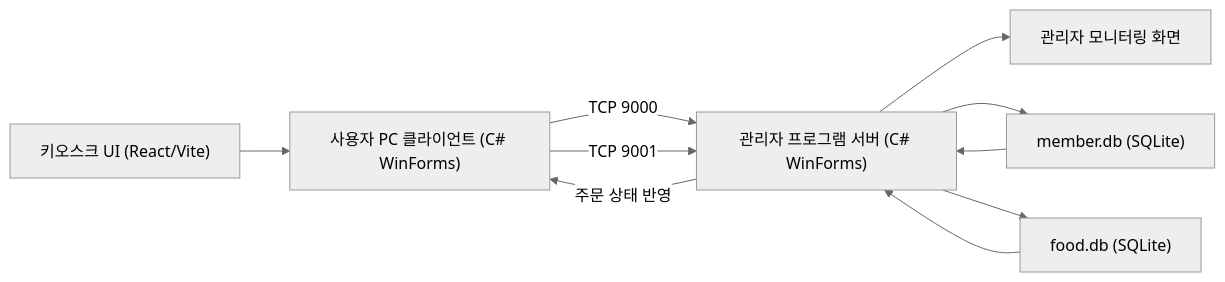
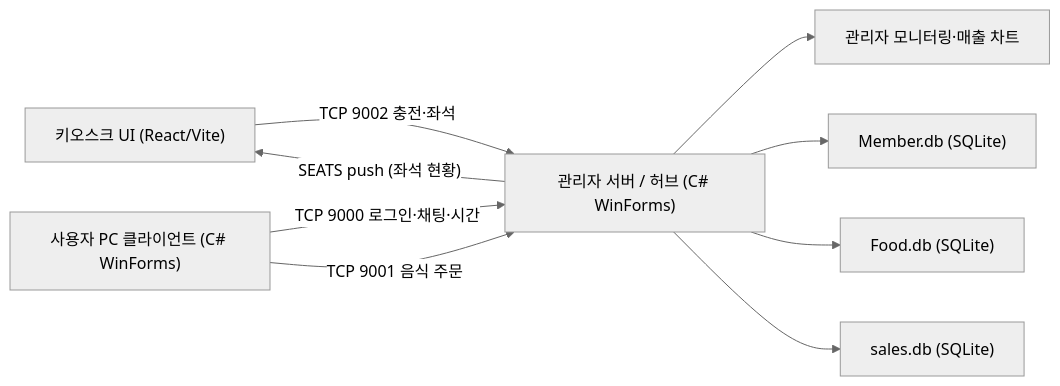
One commit to jaeni01/pcroom-kiosk-system changed the diagram in README.md. Above: the diagram before and after it, drawn with Mermaid (neutral theme). The commit also changed other lines of this file, not shown here.

````diff
--- a/README.md
+++ b/README.md
@@ -39,12 +39,11 @@
 ```mermaid
 flowchart LR
-  K["키오스크 UI (React/Vite)"] --> C["사용자 PC 클라이언트 (C# WinForms)"]
-  C -->|"TCP 9000"| S["관리자 프로그램 서버 (C# WinForms)"]
-  C -->|"TCP 9001"| S
-  S --> ADMIN["관리자 모니터링 화면"]
-  S --> M["member.db (SQLite)"]
-  S --> F["food.db (SQLite)"]
-  M --> S
-  F --> S
-  S -->|"주문 상태 반영"| C
+  K["키오스크 UI (React/Vite)"] -->|"TCP 9002 충전·좌석"| S
+  U["사용자 PC 클라이언트 (C# WinForms)"] -->|"TCP 9000 로그인·채팅·시간"| S
+  U -->|"TCP 9001 음식 주문"| S
+  S["관리자 서버 / 허브 (C# WinForms)"] --> ADMIN["관리자 모니터링·매출 차트"]
+  S --> M["Member.db (SQLite)"]
+  S --> F["Food.db (SQLite)"]
+  S --> SA["sales.db (SQLite)"]
+  S -->|"SEATS push (좌석 현황)"| K
 ```
````
